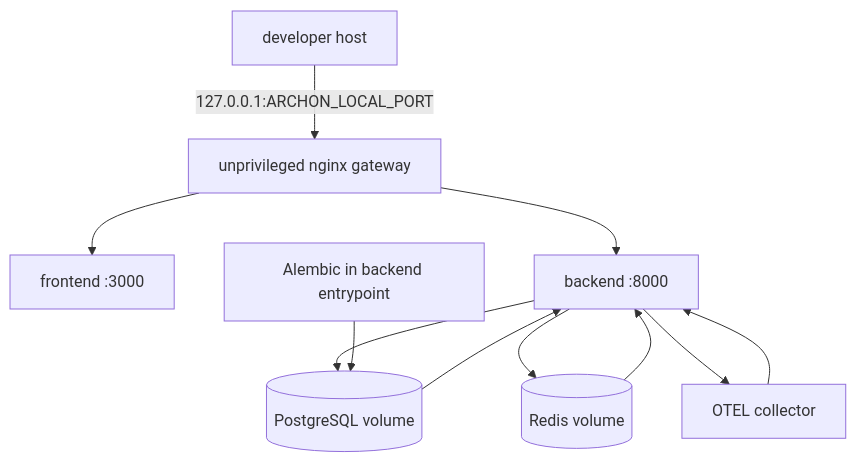
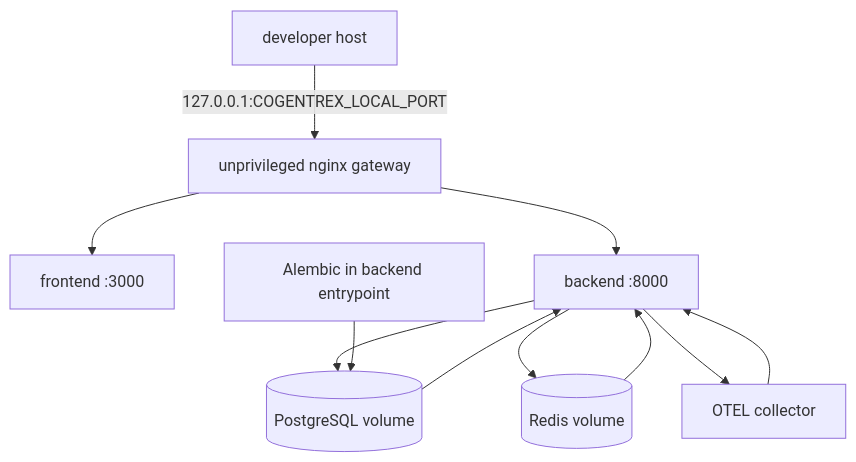
Before and after one commit to levalencia/archon: the first of 3 diagrams in docs/course/concepts/docker-compose.md, drawn with Mermaid. The commit also changed other lines of this file and 414 other files, not shown here.

First line of the commit message:
feat: rebrand Archon as Cogentrex

````diff
--- a/docs/course/concepts/docker-compose.md
+++ b/docs/course/concepts/docker-compose.md
@@ -37,13 +37,13 @@
 ```mermaid
 flowchart TD
-    H[developer host] -->|127.0.0.1:ARCHON_LOCAL_PORT| G[unprivileged nginx gateway]
+    H[developer host] -->|127.0.0.1:COGENTREX_LOCAL_PORT| G[unprivileged nginx gateway]
     G --> F[frontend :3000]
     G --> B[backend :8000]
     B --> P[(PostgreSQL volume)]
     B --> R[(Redis volume)]
     B --> O[OTEL collector]
     M[Alembic in backend entrypoint] --> P
     P --> B
     R --> B
     O --> B
 ```
````
